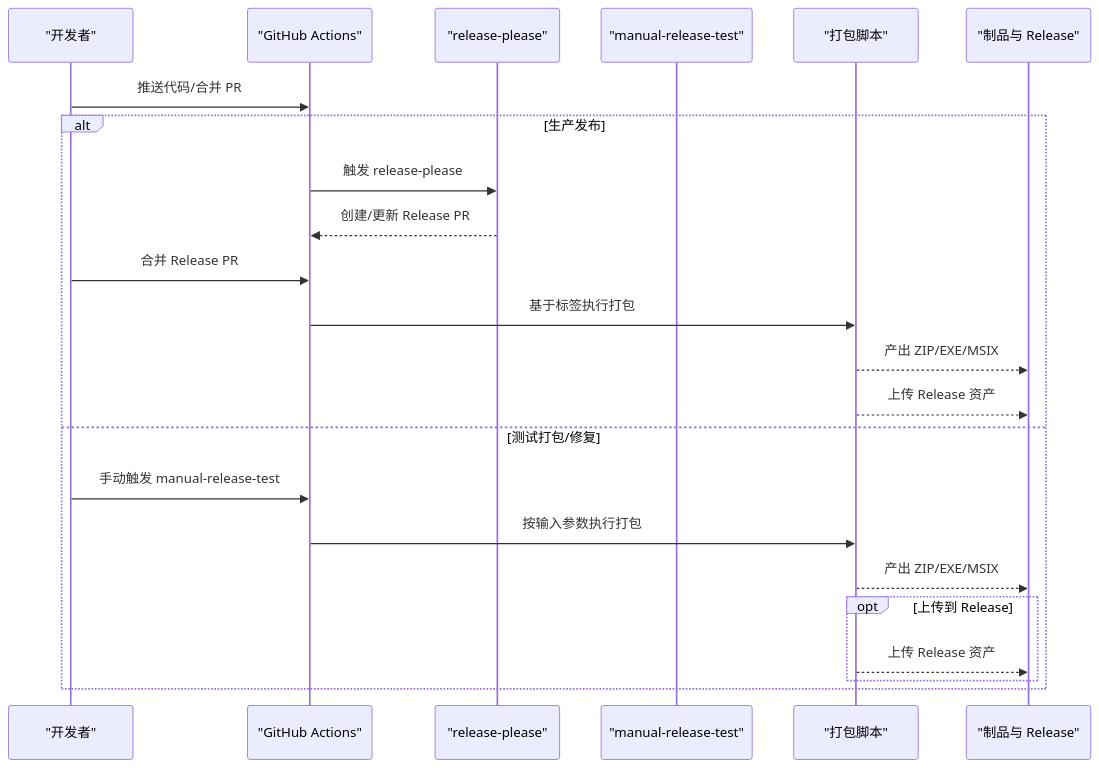
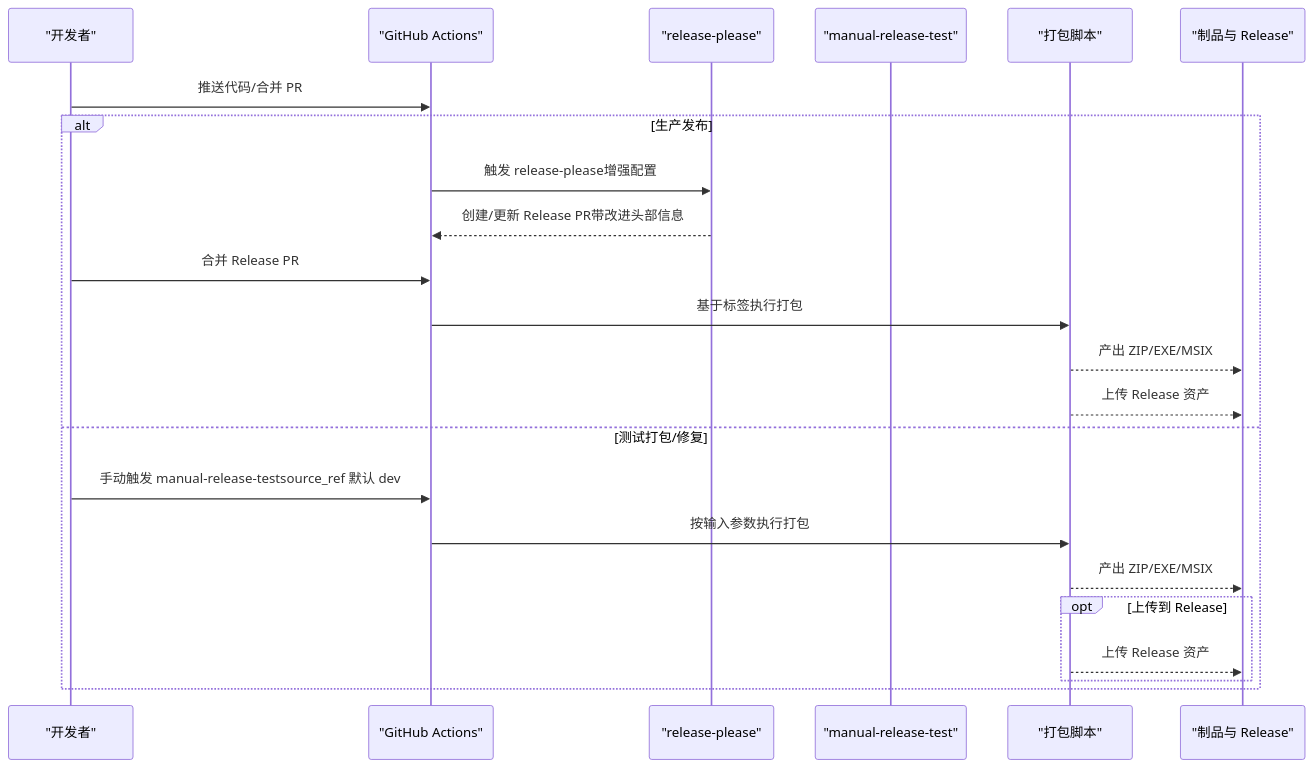
The second of 7 diagrams in .qoder/repowiki/zh/content/开发指南/部署与发布流程.md (terwer/autojs6-dev-tools), drawn with Mermaid before and after one commit. The commit also changed other lines of this file and 4 other files, not shown here.

First line of the commit message:
docs(release): enhance release-please config and add release test documentation

````diff
--- a/.qoder/repowiki/zh/content/开发指南/部署与发布流程.md
+++ b/.qoder/repowiki/zh/content/开发指南/部署与发布流程.md
@@ -120,25 +128,25 @@
 ```mermaid
 sequenceDiagram
 participant Dev as "开发者"
 participant CI as "GitHub Actions"
 participant R_P as "release-please"
 participant MRT as "manual-release-test"
 participant Scripts as "打包脚本"
 participant Artifacts as "制品与 Release"
 Dev->>CI : 推送代码/合并 PR
 alt 生产发布
-CI->>R_P : 触发 release-please
-R_P-->>CI : 创建/更新 Release PR
+CI->>R_P : 触发 release-please增强配置
+R_P-->>CI : 创建/更新 Release PR带改进头部信息
 Dev->>CI : 合并 Release PR
 CI->>Scripts : 基于标签执行打包
 Scripts-->>Artifacts : 产出 ZIP/EXE/MSIX
 Scripts-->>Artifacts : 上传 Release 资产
 else 测试打包/修复
-Dev->>CI : 手动触发 manual-release-test
+Dev->>CI : 手动触发 manual-release-testsource_ref 默认 dev
 CI->>Scripts : 按输入参数执行打包
 Scripts-->>Artifacts : 产出 ZIP/EXE/MSIX
 opt 上传到 Release
 Scripts-->>Artifacts : 上传 Release 资产
 end
 end
 ```
````
